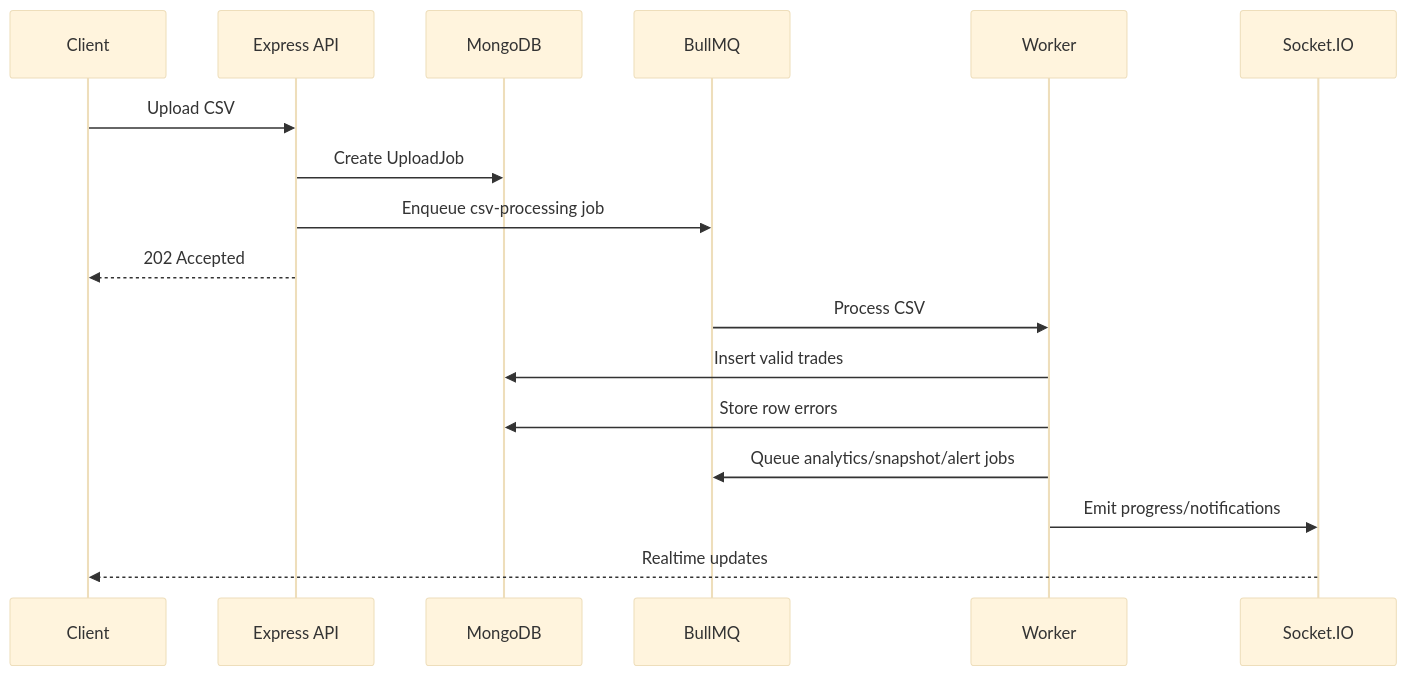
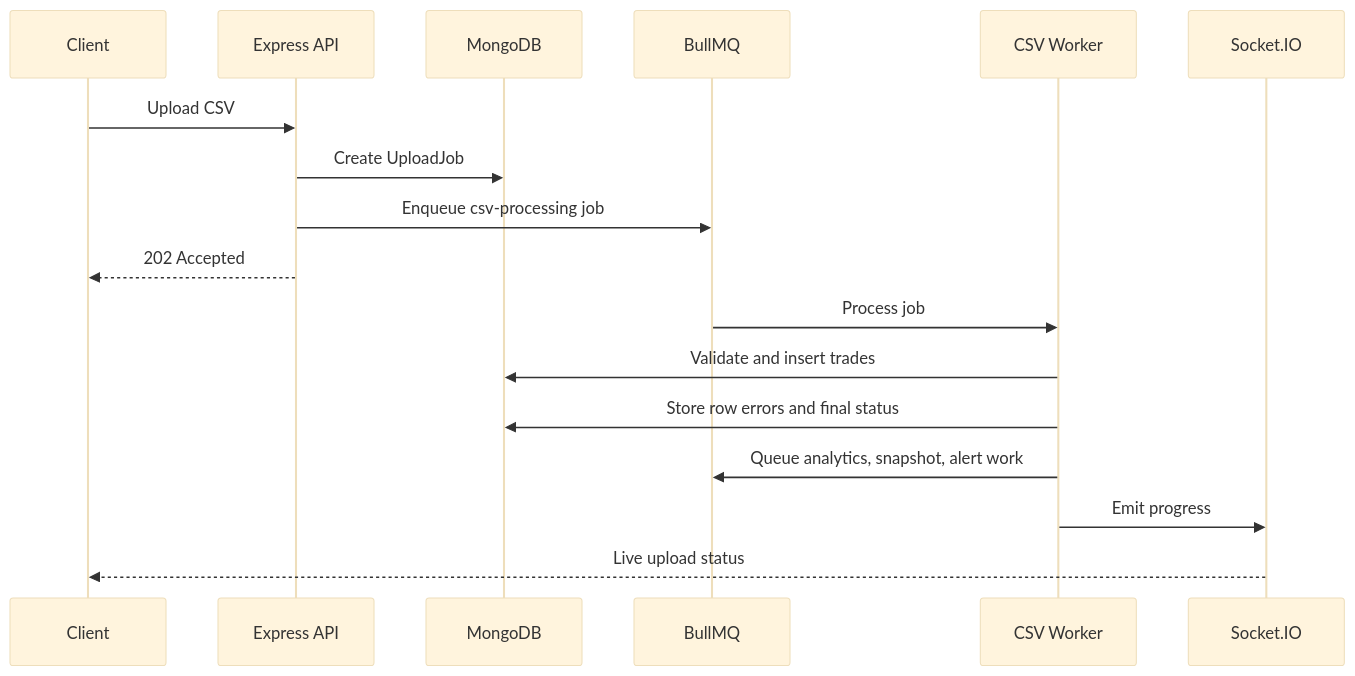
Before and after one commit to SriHarshaRajuY/RiskLens: the second of 2 diagrams in README.md, drawn with Mermaid (base theme). The commit also changed other lines of this file and 19 other files, not shown here.

Commit message:
add sample portfolio flow and import observability

````diff
--- a/README.md
+++ b/README.md
@@ -192,20 +120,20 @@
 ```mermaid
 sequenceDiagram
   participant UI as Client
   participant API as Express API
   participant DB as MongoDB
   participant Q as BullMQ
-  participant W as Worker
+  participant W as CSV Worker
   participant WS as Socket.IO
 
   UI->>API: Upload CSV
   API->>DB: Create UploadJob
   API->>Q: Enqueue csv-processing job
   API-->>UI: 202 Accepted
-  Q->>W: Process CSV
-  W->>DB: Insert valid trades
-  W->>DB: Store row errors
-  W->>Q: Queue analytics/snapshot/alert jobs
-  W->>WS: Emit progress/notifications
-  WS-->>UI: Realtime updates
+  Q->>W: Process job
+  W->>DB: Validate and insert trades
+  W->>DB: Store row errors and final status
+  W->>Q: Queue analytics, snapshot, alert work
+  W->>WS: Emit progress
+  WS-->>UI: Live upload status
 ```
````
